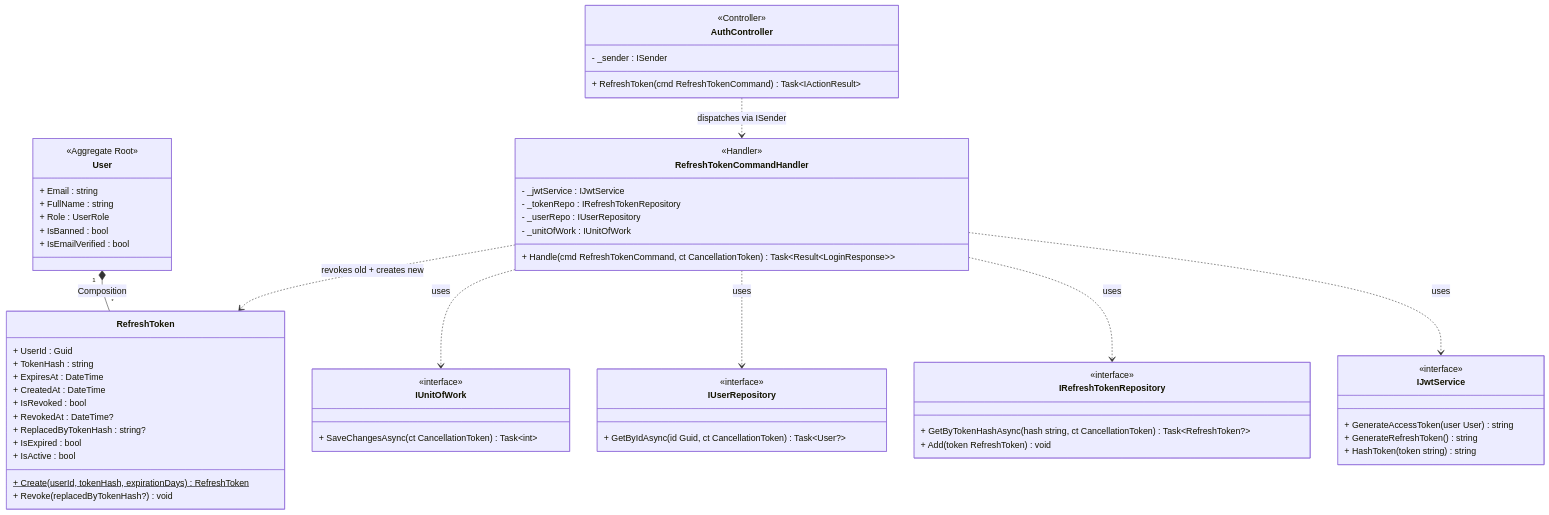
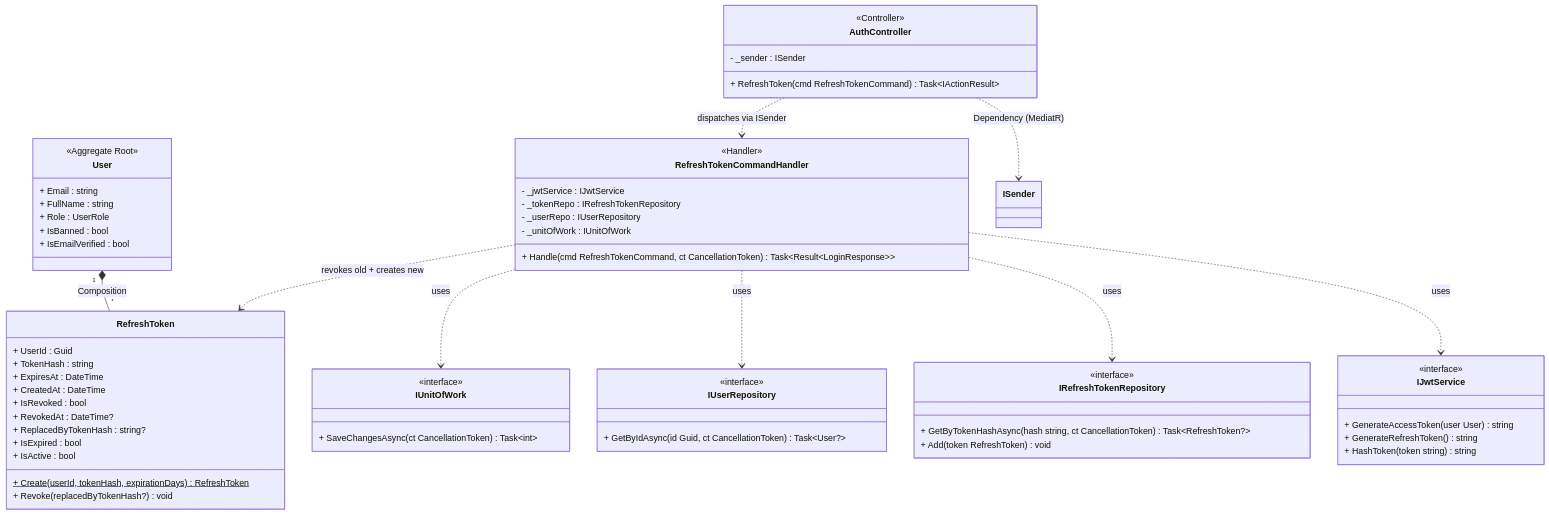
The fifth of 44 diagrams in docs/BusinessRule/CLASS_DIAGRAMS.md (Capstonne-Project/greenlens-service), drawn with Mermaid before and after one commit. The commit also changed other lines of this file, not shown here.

Commit message:
chore(docs): uml relation notation

````diff
--- a/docs/BusinessRule/CLASS_DIAGRAMS.md
+++ b/docs/BusinessRule/CLASS_DIAGRAMS.md
@@ -420,72 +453,73 @@
 ```mermaid
 classDiagram
     class RefreshToken {
         + UserId : Guid
         + TokenHash : string
         + ExpiresAt : DateTime
         + CreatedAt : DateTime
         + IsRevoked : bool
         + RevokedAt : DateTime?
         + ReplacedByTokenHash : string?
         + IsExpired : bool
         + IsActive : bool
         + Create(userId, tokenHash, expirationDays)$ RefreshToken
         + Revoke(replacedByTokenHash?) void
     }
 
     class User {
         <<Aggregate Root>>
         + Email : string
         + FullName : string
         + Role : UserRole
         + IsBanned : bool
         + IsEmailVerified : bool
     }
 
     class IJwtService {
         <<interface>>
         + GenerateAccessToken(user User) string
         + GenerateRefreshToken() string
         + HashToken(token string) string
     }
 
     class IRefreshTokenRepository {
         <<interface>>
         + GetByTokenHashAsync(hash string, ct CancellationToken) Task~RefreshToken?~
         + Add(token RefreshToken) void
     }
 
     class IUserRepository {
         <<interface>>
         + GetByIdAsync(id Guid, ct CancellationToken) Task~User?~
     }
 
     class IUnitOfWork {
         <<interface>>
         + SaveChangesAsync(ct CancellationToken) Task~int~
     }
 
     class RefreshTokenCommandHandler {
         <<Handler>>
         - _jwtService : IJwtService
         - _tokenRepo : IRefreshTokenRepository
         - _userRepo : IUserRepository
         - _unitOfWork : IUnitOfWork
         + Handle(cmd RefreshTokenCommand, ct CancellationToken) Task~Result~LoginResponse~~
     }
 
     class AuthController {
         <<Controller>>
         - _sender : ISender
         + RefreshToken(cmd RefreshTokenCommand) Task~IActionResult~
     }
 
     User "1" *-- "*" RefreshToken : Composition
 
     RefreshTokenCommandHandler ..> IJwtService : uses
     RefreshTokenCommandHandler ..> IRefreshTokenRepository : uses
     RefreshTokenCommandHandler ..> IUserRepository : uses
     RefreshTokenCommandHandler ..> IUnitOfWork : uses
     RefreshTokenCommandHandler ..> RefreshToken : revokes old + creates new
+    AuthController ..> ISender : Dependency (MediatR)
     AuthController ..> RefreshTokenCommandHandler : dispatches via ISender
 ```
````
